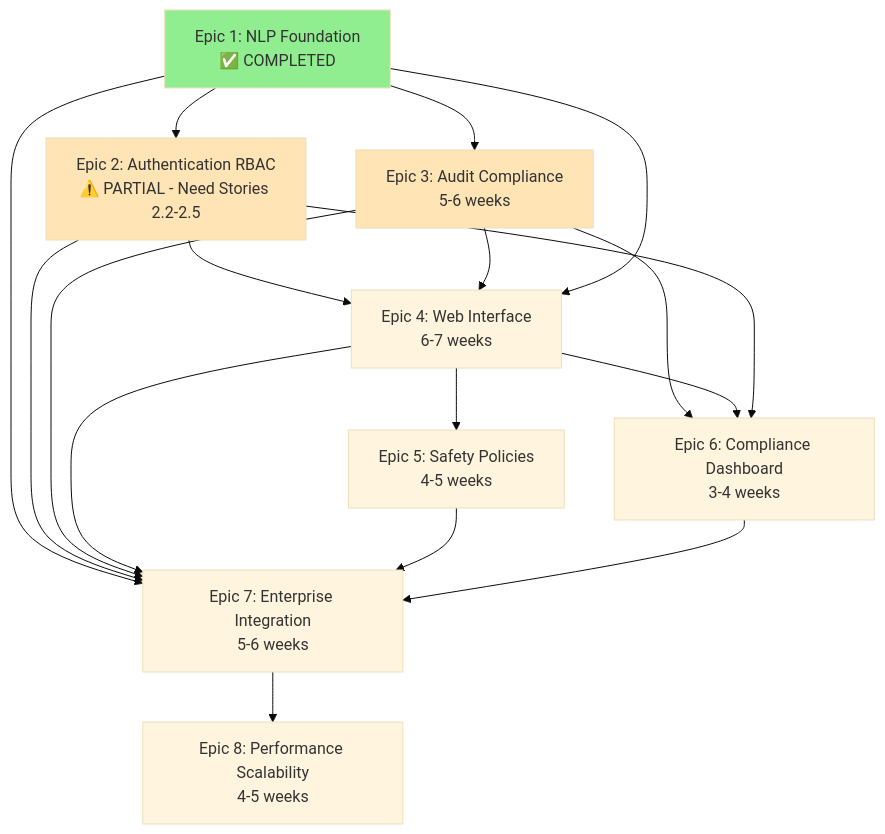
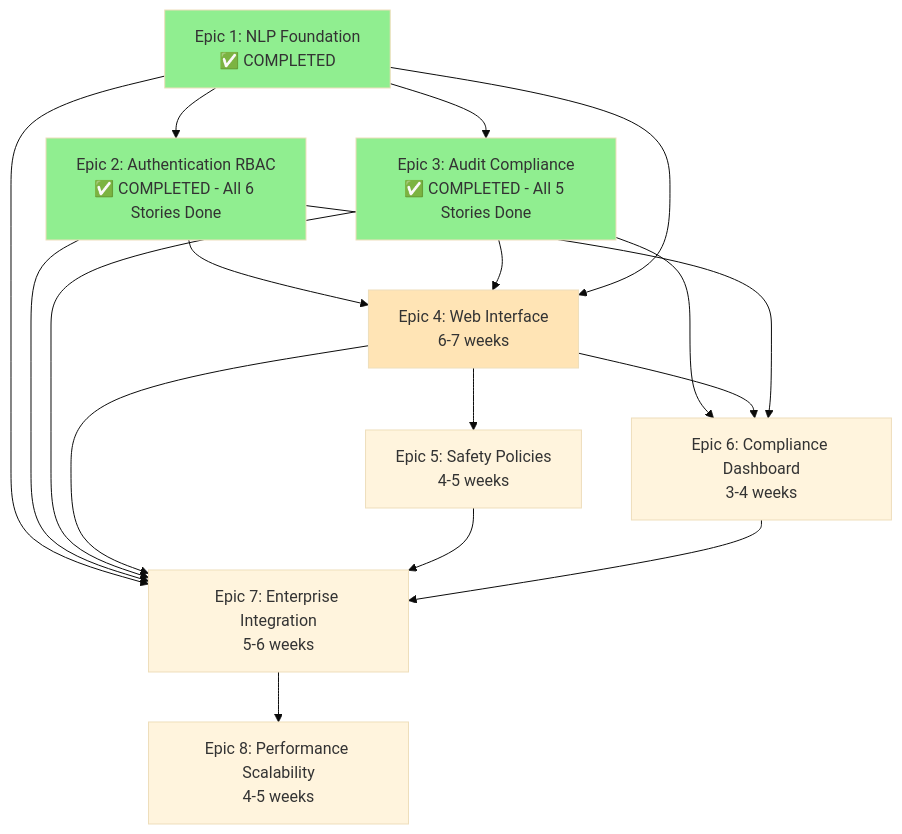
One commit to pramodksahoo/kube-chat changed the diagram in docs/epics/EPIC-ROADMAP.md. Above: the diagram before and after it, drawn with Mermaid (base theme). The commit also changed other lines of this file and 270 other files, not shown here.

````diff
--- a/docs/epics/EPIC-ROADMAP.md
+++ b/docs/epics/EPIC-ROADMAP.md
@@ -18,26 +21,26 @@
 ```mermaid
 graph TB
-    Epic1[Epic 1: NLP Foundation<br/>✅ COMPLETED] --> Epic2[Epic 2: Authentication RBAC<br/>⚠️ PARTIAL - Need Stories 2.2-2.5]
-    Epic1 --> Epic3[Epic 3: Audit Compliance<br/>5-6 weeks]
+    Epic1[Epic 1: NLP Foundation<br/>✅ COMPLETED] --> Epic2[Epic 2: Authentication RBAC<br/>✅ COMPLETED - All 6 Stories Done]
+    Epic1 --> Epic3[Epic 3: Audit Compliance<br/>✅ COMPLETED - All 5 Stories Done]
     Epic2 --> Epic4[Epic 4: Web Interface<br/>6-7 weeks]
     Epic3 --> Epic4
     Epic1 --> Epic4
     Epic4 --> Epic5[Epic 5: Safety Policies<br/>4-5 weeks]
     Epic3 --> Epic6[Epic 6: Compliance Dashboard<br/>3-4 weeks]
     Epic4 --> Epic6
     Epic2 --> Epic6
     Epic1 --> Epic7[Epic 7: Enterprise Integration<br/>5-6 weeks]
     Epic2 --> Epic7
     Epic3 --> Epic7
     Epic4 --> Epic7
     Epic5 --> Epic7
     Epic6 --> Epic7
     Epic7 --> Epic8[Epic 8: Performance Scalability<br/>4-5 weeks]
     
     classDef completed fill:#90EE90;
     classDef partial fill:#FFB347;
     classDef priority fill:#FFE4B5;
-    class Epic1 completed;
-    class Epic2 partial;
-    class Epic2,Epic3 priority;
+    class Epic1,Epic2,Epic3 completed;
+    class Epic4 partial;
+    class Epic4 priority;
 ```
````
